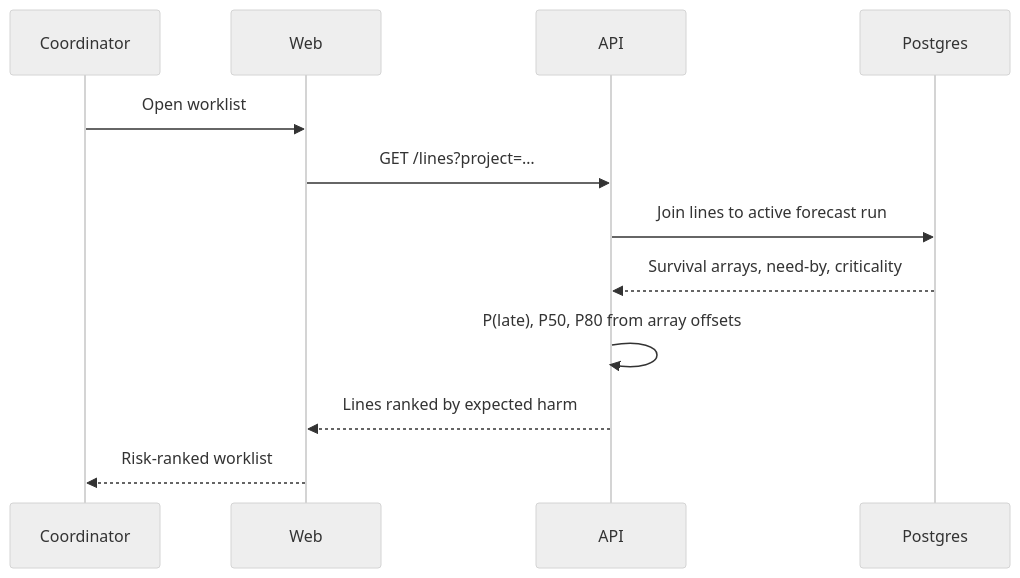
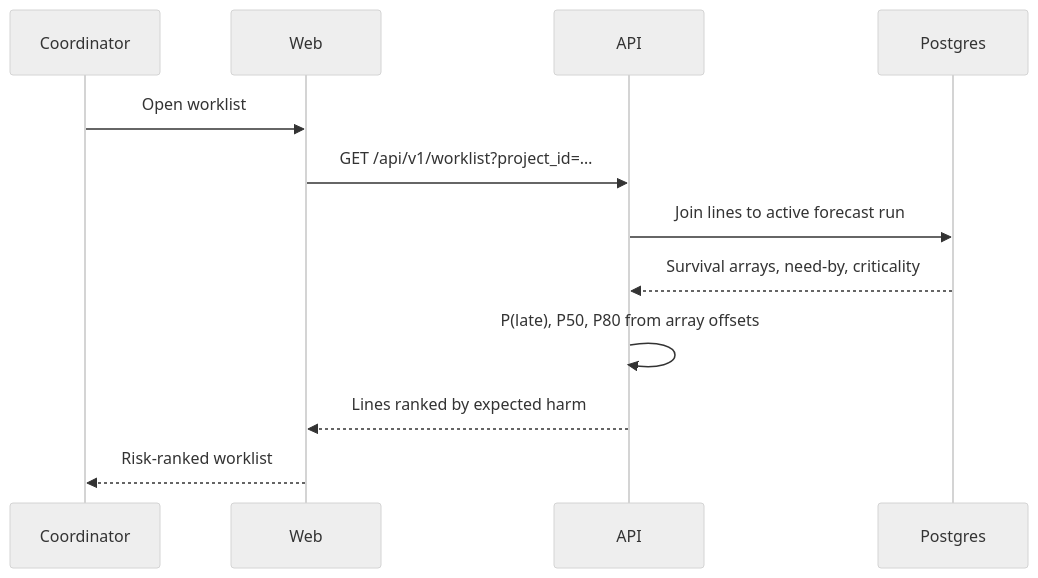
One commit to jsh562/Procurement-Risk changed the fourth of 7 diagrams in specs/sad.md. Above: the diagram before and after it, drawn with Mermaid (neutral theme). The commit also changed other lines of this file, not shown here.

````diff
--- a/specs/sad.md
+++ b/specs/sad.md
@@ -117,14 +119,14 @@
 ```mermaid
 sequenceDiagram
     participant C as Coordinator
     participant W as Web
     participant A as API
     participant DB as Postgres
     C->>W: Open worklist
-    W->>A: GET /lines?project=…
+    W->>A: GET /api/v1/worklist?project_id=…
     A->>DB: Join lines to active forecast run
     DB-->>A: Survival arrays, need-by, criticality
     A->>A: P(late), P50, P80 from array offsets
     A-->>W: Lines ranked by expected harm
     W-->>C: Risk-ranked worklist
 ```
````
